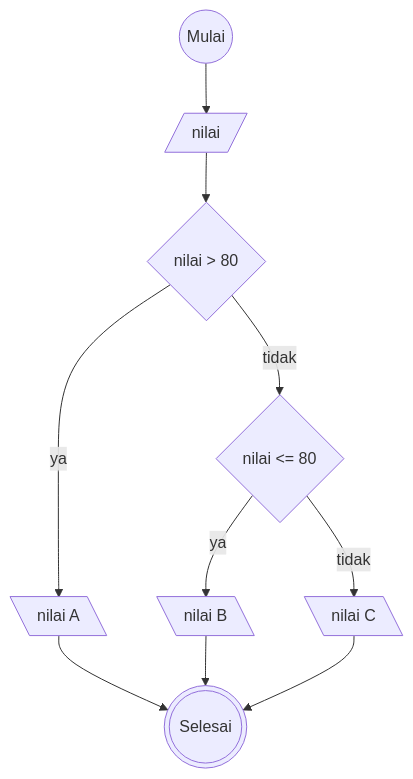
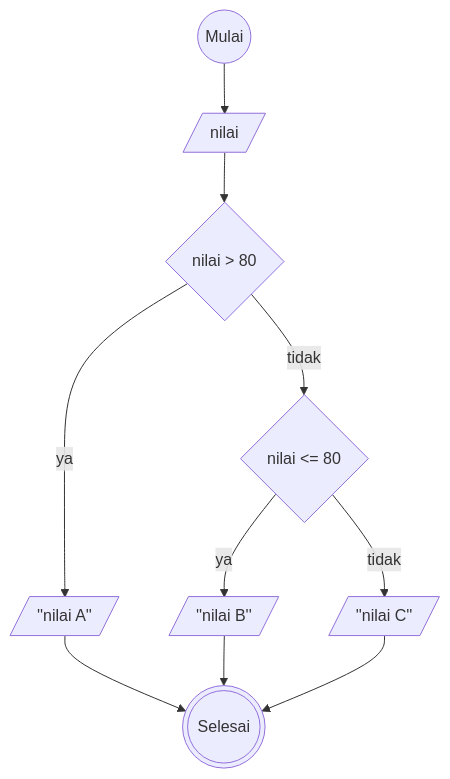
Before and after one commit to Farhan-dev-dot/koda-b10-algo-impl: the diagram in README.md, drawn with Mermaid.

````diff
--- a/README.md
+++ b/README.md
@@ -13,26 +13,26 @@
 ```mermaid
 
 flowchart TD
 
 A@{ shape: circle, label: "Mulai" }
 B@{ shape: lean-r, label: " nilai" }
 C@{ shape: diamond, label: "nilai > 80" }
 D@{ shape: diamond, label: "nilai <= 80" }
-E@{ shape: lean-l, label: "nilai A" }
-F@{ shape: lean-l, label: "nilai B" }
-G@{ shape: lean-l, label: "nilai C" }
+E@{ shape: lean-r, label: "''nilai A''" }
+F@{ shape: lean-r, label: "''nilai B''" }
+G@{ shape: lean-r, label: "''nilai C''" }
 H@{ shape: dbl-circ, label: "Selesai" }
 
 
 A-->B
 B-->C
 C--ya-->E
 D--ya-->F
 D--tidak-->G
 C--tidak-->D
 E-->H
 F-->H
 G-->H
 
 
 ```
````
